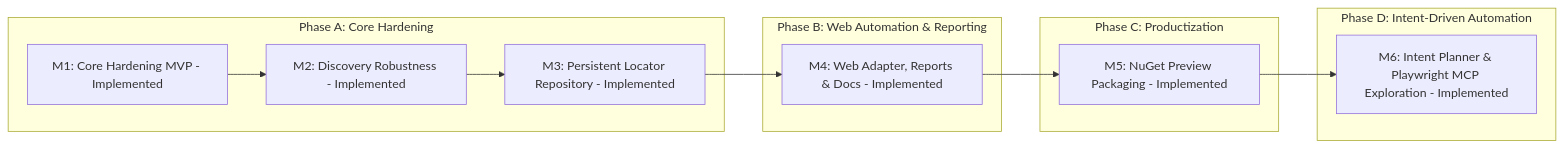
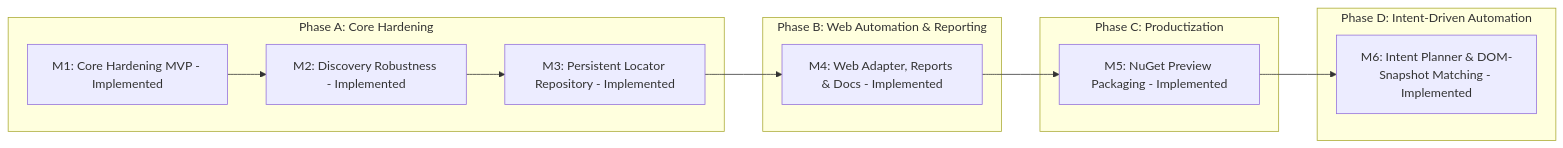
One commit to mustafasercansak/automation-sandbox changed the third of 3 diagrams in README.md. Above: the diagram before and after it, drawn with Mermaid. The commit also changed other lines of this file and 35 other files, not shown here.

First line of the commit message:
feat: add LLM-backed intent planning, desktop test generation, and live Playwright exploration

````diff
--- a/README.md
+++ b/README.md
@@ -464,19 +561,19 @@
 ```mermaid
 graph LR
     subgraph PhaseA [Phase A: Core Hardening]
         M1[M1: Core Hardening MVP - Implemented]
         M2[M2: Discovery Robustness - Implemented]
         M3[M3: Persistent Locator Repository - Implemented]
         M1 --> M2 --> M3
     end
     subgraph PhaseB [Phase B: Web Automation & Reporting]
         M4[M4: Web Adapter, Reports & Docs - Implemented]
     end
     subgraph PhaseC [Phase C: Productization]
         M5[M5: NuGet Preview Packaging - Implemented]
     end
     subgraph PhaseD [Phase D: Intent-Driven Automation]
-        M6[M6: Intent Planner & Playwright MCP Exploration - Implemented]
+        M6[M6: Intent Planner & DOM-Snapshot Matching - Implemented]
     end
     M3 --> M4 --> M5 --> M6
 ```
````
